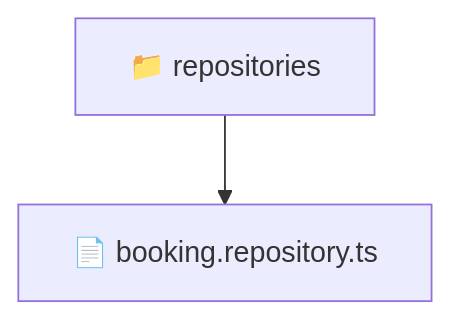
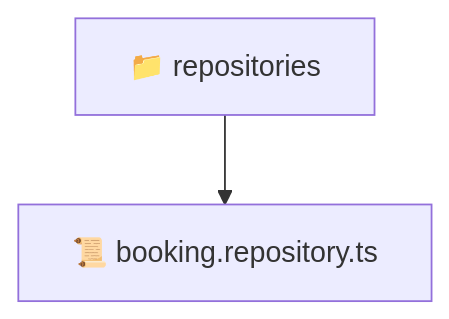
Before and after one commit to beginwebdev2002/fullstack-mavluda: the diagram in backend/src/modules/booking/infrastructure/repositories/README.md, drawn with Mermaid. The commit also changed other lines of this file and 163 other files, not shown here.

````diff
--- a/backend/src/modules/booking/infrastructure/repositories/README.md
+++ b/backend/src/modules/booking/infrastructure/repositories/README.md
@@ -9,5 +9,5 @@
 ```mermaid
 graph TD
-  Root["📁 repositories"]
-  Root --> booking_repository_ts["📄 booking.repository.ts"]
+  repositories["📁 repositories"]
+  repositories --> booking_repository_ts["📜 booking.repository.ts"]
 ```
````
